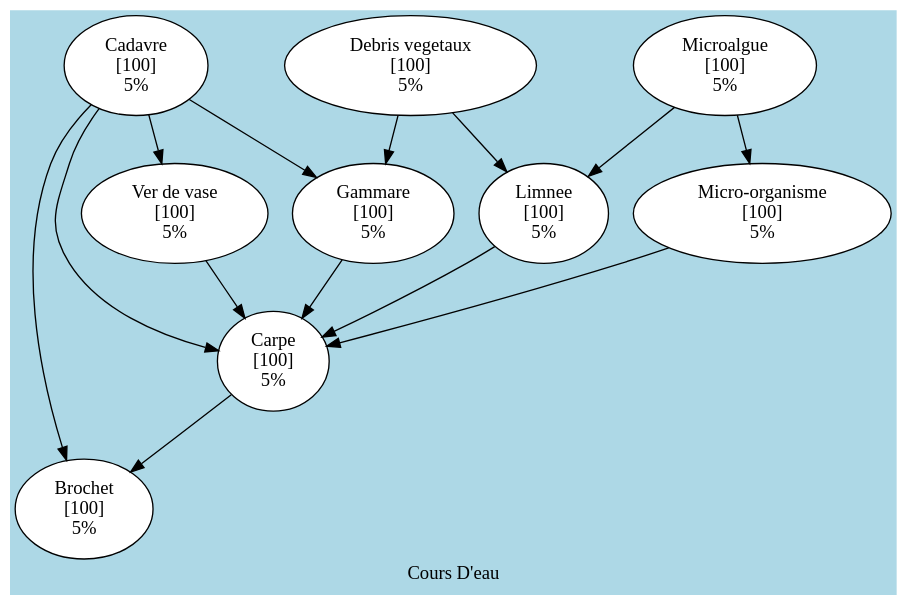
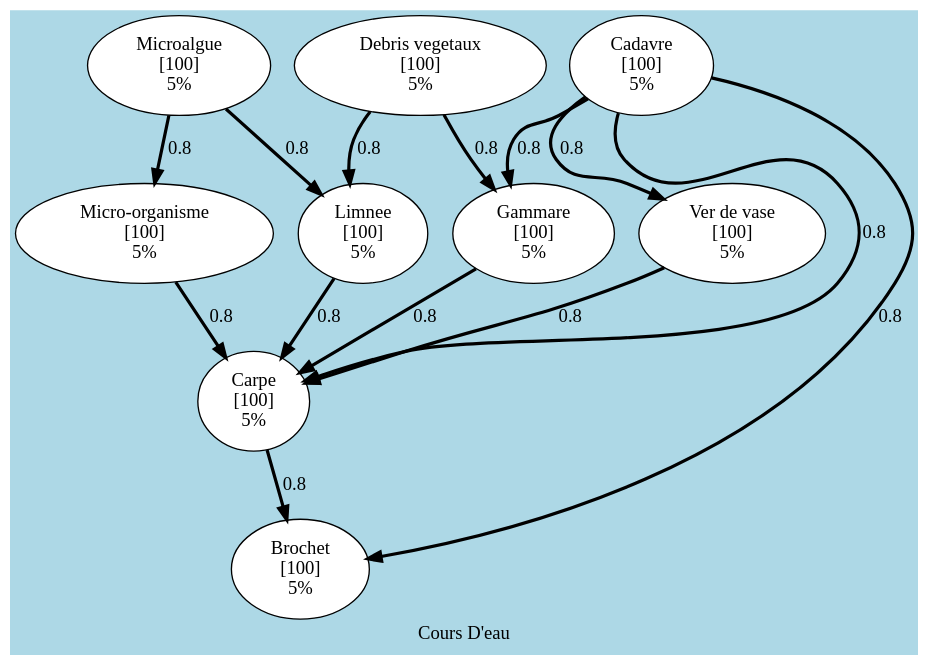
The diagram in GrapheDOT/cours_d_eau.dot (GTHBgaby/4H-ReseauxTrophiques), drawn with Graphviz before and after one commit. The commit also changed 2 other files, not shown here.

```diff
--- a/GrapheDOT/cours_d_eau.dot
+++ b/GrapheDOT/cours_d_eau.dot
@@ -1,45 +1,45 @@
 digraph multigraphe {
     rankdir=TB; // du haut vers le bas
     compound=true;
     newrank=true;
 
     label = "Cours D'eau"
     bgcolor = "lightblue";
     node [shape=ellipse, style=filled, fillcolor=white];
 
     "Limnee" [label="Limnee\n[100]\n5%"]
     "Debris vegetaux" [label="Debris vegetaux\n[100]\n5%"]
     "Gammare" [label="Gammare\n[100]\n5%"]
     "Micro-organisme" [label="Micro-organisme\n[100]\n5%"]
     "Microalgue" [label="Microalgue\n[100]\n5%"]
     "Ver de vase" [label="Ver de vase\n[100]\n5%"]
     "Cadavre" [label="Cadavre\n[100]\n5%"]
     "Carpe" [label="Carpe\n[100]\n5%"]
     "Brochet" [label="Brochet\n[100]\n5%"]
 
-    "Debris vegetaux" ->"Limnee"
-    "Debris vegetaux"->"Gammare"
+    "Debris vegetaux" ->"Limnee" [label="0.8", weight=0.8, penwidth=2.4]
+    "Debris vegetaux"->"Gammare" [label="0.8", weight=0.8, penwidth=2.4]
 
-     "Microalgue"->"Micro-organisme"
-     "Microalgue" ->"Limnee"
+     "Microalgue"->"Micro-organisme" [label="0.8", weight=0.8, penwidth=2.4]
+     "Microalgue" ->"Limnee" [label="0.8", weight=0.8, penwidth=2.4]
 
-     "Cadavre" ->"Ver de vase"
-    "Cadavre" ->"Gammare"
-     "Cadavre"->"Carpe"
-     "Cadavre"->"Brochet"
-     "Ver de vase"->"Carpe"
-    "Micro-organisme"-> "Carpe"
-    "Limnee"->"Carpe"
-    "Gammare"->"Carpe"
+     "Cadavre" ->"Ver de vase" [label="0.8", weight=0.8, penwidth=2.4]
+    "Cadavre" ->"Gammare" [label="0.8", weight=0.8, penwidth=2.4]
+     "Cadavre"->"Carpe" [label="0.8", weight=0.8, penwidth=2.4]
+     "Cadavre"->"Brochet" [label="0.8", weight=0.8, penwidth=2.4]
+     "Ver de vase"->"Carpe" [label="0.8", weight=0.8, penwidth=2.4]
+    "Micro-organisme"-> "Carpe" [label="0.8", weight=0.8, penwidth=2.4]
+    "Limnee"->"Carpe" [label="0.8", weight=0.8, penwidth=2.4]
+    "Gammare"->"Carpe" [label="0.8", weight=0.8, penwidth=2.4]
 
-    "Carpe"->"Brochet"
+    "Carpe"->"Brochet" [label="0.8", weight=0.8, penwidth=2.4]
 
     {rank=same; "Debris vegetaux"}
     {rank=same; "Microalgue"}
     {rank=same; "Cadavre"}
     {rank=same; "Ver de vase"}
     {rank=same; "Micro-organisme"}
     {rank=same; "Limnee"}
     {rank=same; "Gammare"}
     {rank=same; "Brochet"}
 }
```
